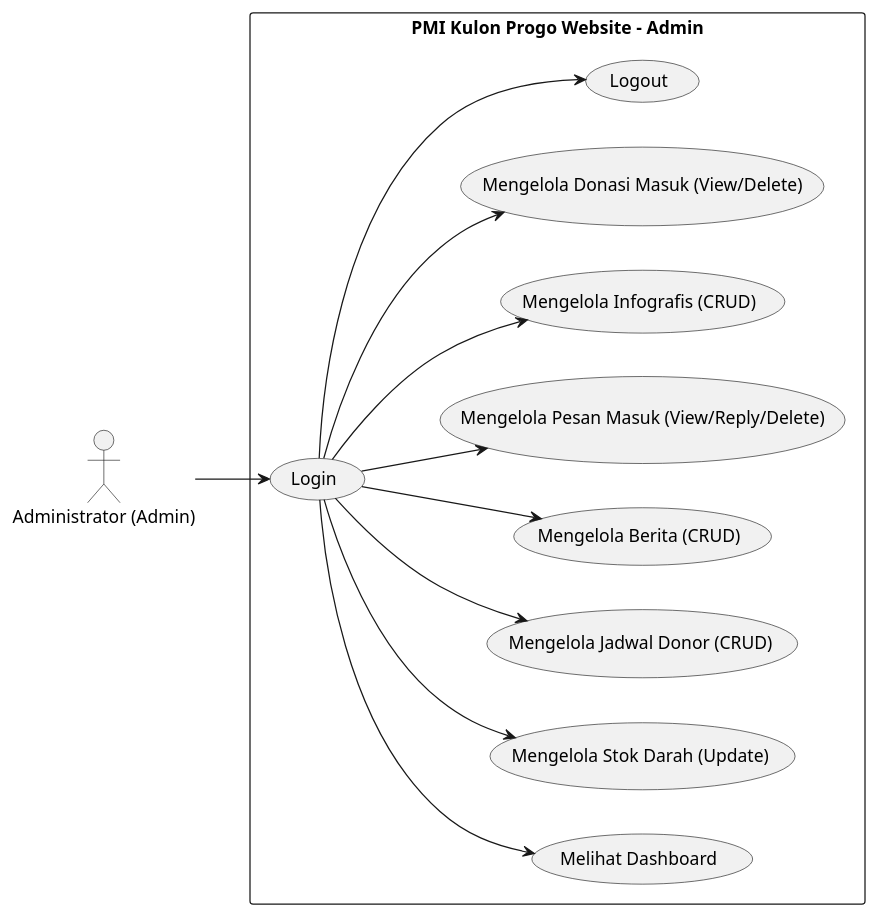
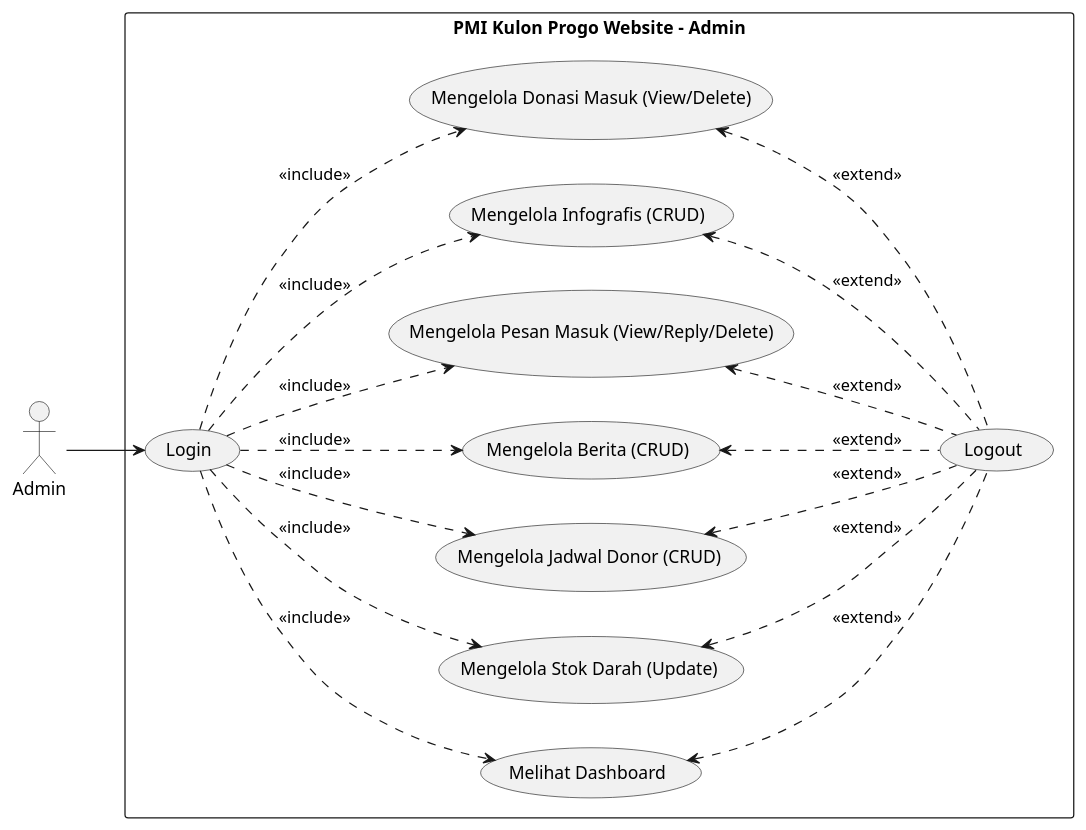
Before and after one commit to jaddu17/capstonepmikp: the diagram in diagram/usecase_admin.puml, drawn with PlantUML. The commit also changed 11 other files, not shown here.

```diff
--- a/diagram/usecase_admin.puml
+++ b/diagram/usecase_admin.puml
@@ -1,30 +1,38 @@
 @startuml
 left to right direction
 skinparam packageStyle rectangle
 
-actor "Administrator (Admin)" as Admin
+actor "Admin" as Admin
 
 package "PMI Kulon Progo Website - Admin" {
   usecase "Login" as UC_Login
+  usecase "Logout" as UC_Logout
+
   usecase "Melihat Dashboard" as UC_Dashboard
   usecase "Mengelola Stok Darah (Update)" as UC_ManageStock
   usecase "Mengelola Jadwal Donor (CRUD)" as UC_ManageJadwal
   usecase "Mengelola Berita (CRUD)" as UC_ManageNews
   usecase "Mengelola Pesan Masuk (View/Reply/Delete)" as UC_ManagePesan
   usecase "Mengelola Infografis (CRUD)" as UC_ManageInfo
   usecase "Mengelola Donasi Masuk (View/Delete)" as UC_ManageDonasi
-  usecase "Logout" as UC_Logout
 }
 
 Admin --> UC_Login
 
-UC_Login --> UC_Dashboard
-UC_Login --> UC_ManageStock
-UC_Login --> UC_ManageJadwal
-UC_Login --> UC_ManageNews
-UC_Login --> UC_ManagePesan
-UC_Login --> UC_ManageInfo
-UC_Login --> UC_ManageDonasi
-UC_Login --> UC_Logout
+UC_Login ..> UC_Dashboard : <<include>>
+UC_Login ..> UC_ManageStock : <<include>>
+UC_Login ..> UC_ManageJadwal : <<include>>
+UC_Login ..> UC_ManageNews : <<include>>
+UC_Login ..> UC_ManagePesan : <<include>>
+UC_Login ..> UC_ManageInfo : <<include>>
+UC_Login ..> UC_ManageDonasi : <<include>>
+
+UC_Dashboard <.. UC_Logout : <<extend>>
+UC_ManageStock <.. UC_Logout : <<extend>>
+UC_ManageJadwal <.. UC_Logout : <<extend>>
+UC_ManageNews <.. UC_Logout : <<extend>>
+UC_ManagePesan <.. UC_Logout : <<extend>>
+UC_ManageInfo <.. UC_Logout : <<extend>>
+UC_ManageDonasi <.. UC_Logout : <<extend>>
 
 @enduml
```
